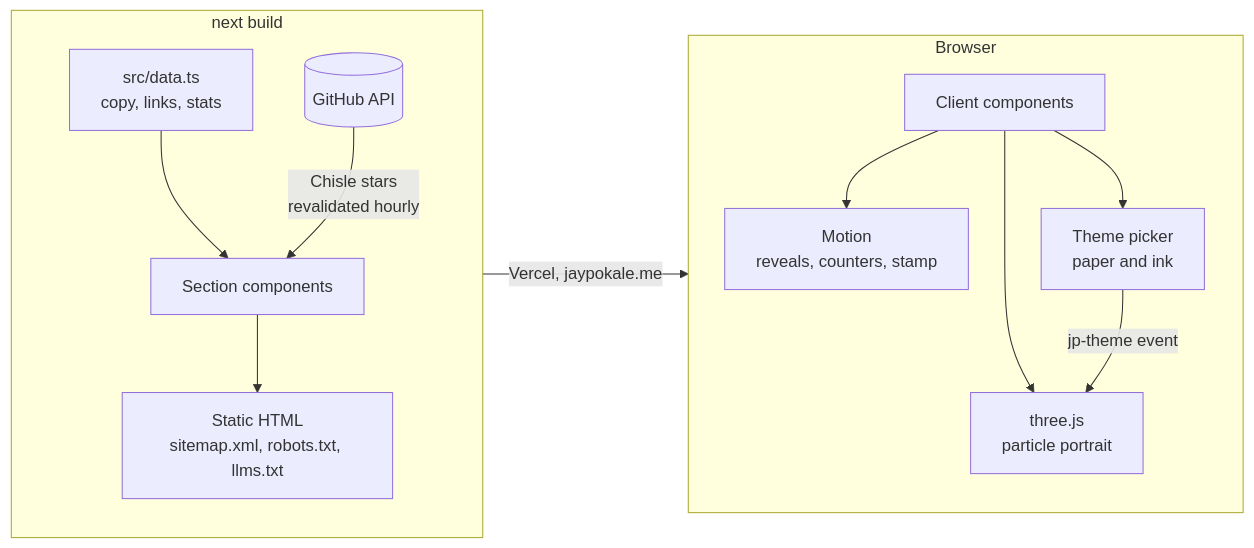
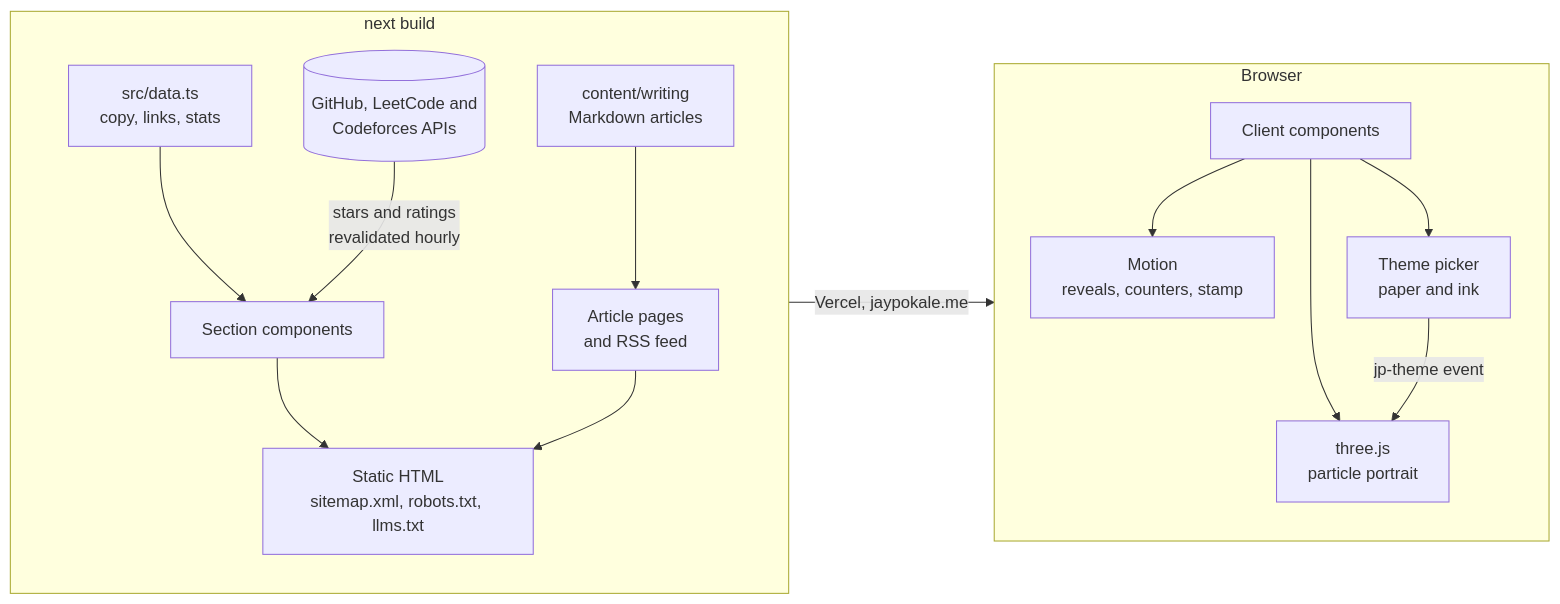
Before and after one commit to JayPokale/modern-portfolio: the second of 2 diagrams in README.md, drawn with Mermaid. The commit also changed other lines of this file and 14 other files, not shown here.

First line of the commit message:
Add a writing section: Markdown articles, RSS and BlogPosting schema

````diff
--- a/README.md
+++ b/README.md
@@ -43,17 +43,19 @@
 ```mermaid
 flowchart LR
     subgraph build ["next build"]
         direction TB
         data["src/data.ts<br/>copy, links, stats"] --> sections["Section components"]
-        github[("GitHub API")] -- "Chisle stars<br/>revalidated hourly" --> sections
+        apis[("GitHub, LeetCode and<br/>Codeforces APIs")] -- "stars and ratings<br/>revalidated hourly" --> sections
+        md["content/writing<br/>Markdown articles"] --> articles["Article pages<br/>and RSS feed"]
         sections --> html["Static HTML<br/>sitemap.xml, robots.txt, llms.txt"]
+        articles --> html
     end
     html -- "Vercel, jaypokale.me" --> islands
     subgraph browser ["Browser"]
         direction TB
         islands["Client components"] --> motion["Motion<br/>reveals, counters, stamp"]
         islands --> portrait["three.js<br/>particle portrait"]
         islands --> theme["Theme picker<br/>paper and ink"]
         theme -- "jp-theme event" --> portrait
     end
 ```
````
